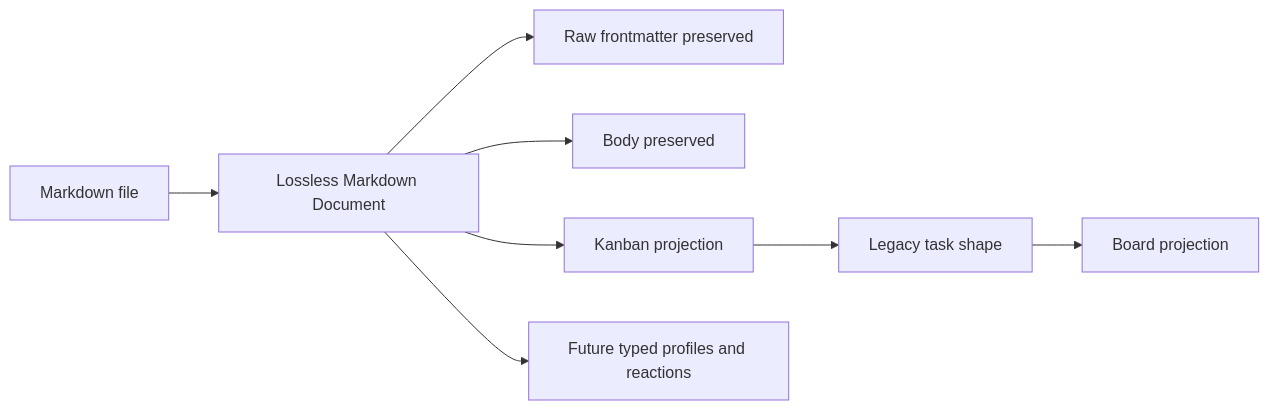
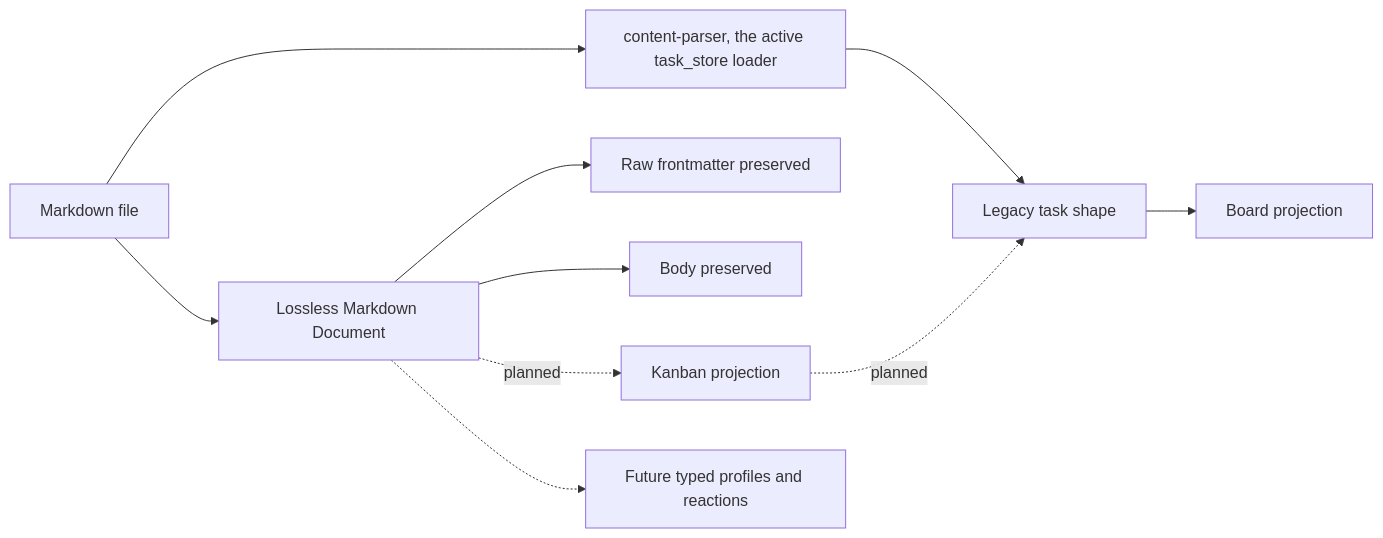
One commit to riatzukiza/rheos changed the diagram in docs/workflows/markdown-artifact-projection.mmd. Above: the diagram before and after it, drawn with Mermaid. The commit also changed 7 other files, not shown here.

```diff
--- a/docs/workflows/markdown-artifact-projection.mmd
+++ b/docs/workflows/markdown-artifact-projection.mmd
@@ -1,8 +1,10 @@
 flowchart LR
-  M[Markdown file] --> D[Lossless Markdown Document]
+  M[Markdown file] --> C[content-parser, the active task_store loader]
+  C --> T[Legacy task shape]
+  T --> P[Board projection]
+  M --> D[Lossless Markdown Document]
   D --> F[Raw frontmatter preserved]
   D --> B[Body preserved]
-  D --> K[Kanban projection]
-  K --> T[Legacy task shape]
-  T --> P[Board projection]
-  D --> X[Future typed profiles and reactions]
+  D -. planned .-> K[Kanban projection]
+  K -. planned .-> T
+  D -.-> X[Future typed profiles and reactions]
```
